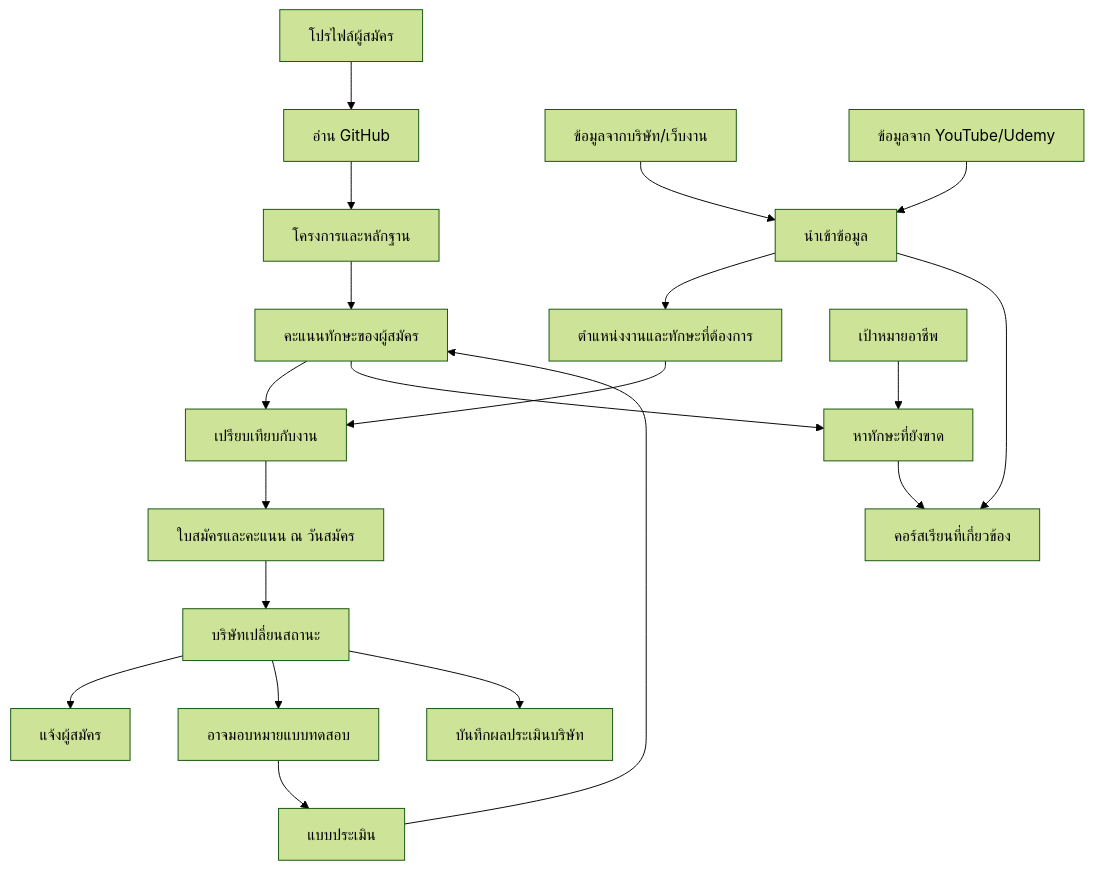
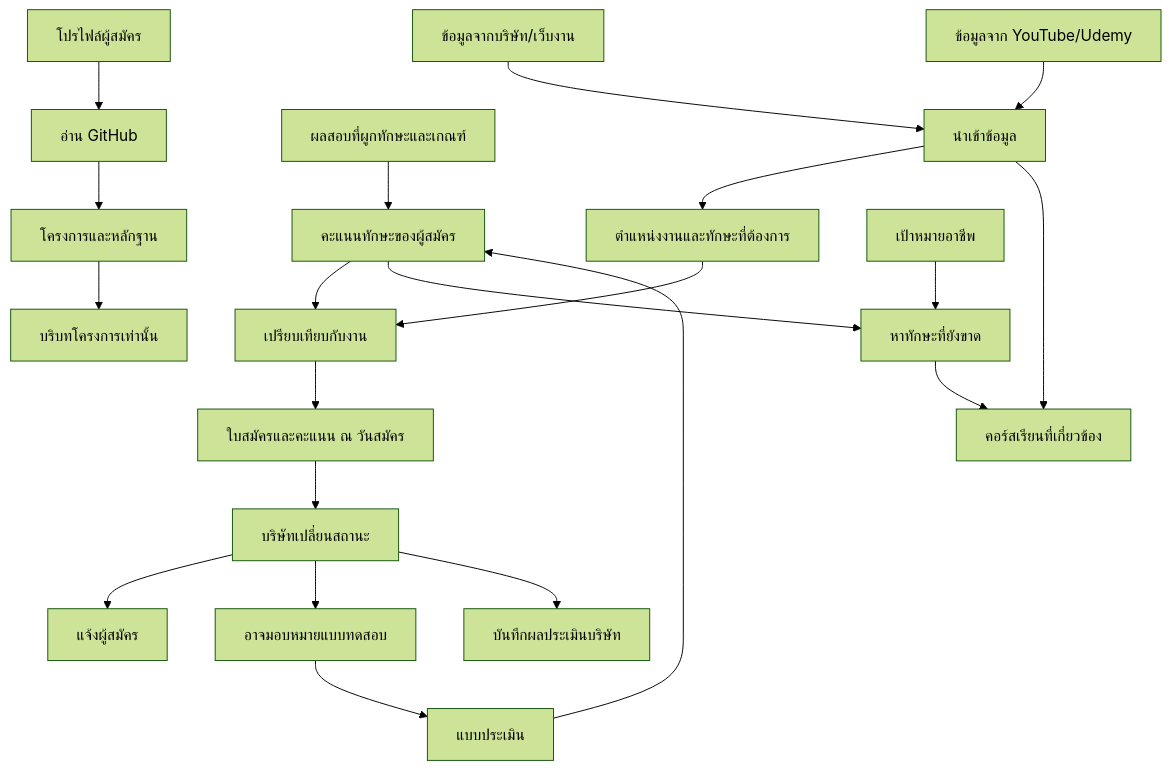
The second of 2 diagrams in docs/MODULE_INTERACTIONS.md (Jixgo-cloud/last-project), drawn with Mermaid (forest theme) before and after one commit. The commit also changed other lines of this file and 57 other files, not shown here.

```diff
--- a/docs/MODULE_INTERACTIONS.md
+++ b/docs/MODULE_INTERACTIONS.md
@@ -59,22 +59,23 @@
 ~~~mermaid
 flowchart TD
   Profile["โปรไฟล์ผู้สมัคร"] --> GitHub["อ่าน GitHub"]
   GitHub --> Evidence["โครงการและหลักฐาน"]
-  Evidence --> Skills["คะแนนทักษะของผู้สมัคร"]
+  Evidence --> Context["บริบทโครงการเท่านั้น"]
+  Results["ผลสอบที่ผูกทักษะและเกณฑ์"] --> Skills["คะแนนทักษะของผู้สมัคร"]
   Test["แบบประเมิน"] --> Skills
   Skills --> Match["เปรียบเทียบกับงาน"]
   JobReq["ตำแหน่งงานและทักษะที่ต้องการ"] --> Match
   Match --> Apply["ใบสมัครและคะแนน ณ วันสมัคร"]
   Apply --> Pipeline["บริษัทเปลี่ยนสถานะ"]
   Pipeline --> Notice["แจ้งผู้สมัคร"]
   Pipeline --> AssignedTest["อาจมอบหมายแบบทดสอบ"]
   AssignedTest --> Test
   Pipeline --> Feedback["บันทึกผลประเมินบริษัท"]
   Skills --> Gap["หาทักษะที่ยังขาด"]
   Career["เป้าหมายอาชีพ"] --> Gap
   Gap --> Courses["คอร์สเรียนที่เกี่ยวข้อง"]
   JobSources["ข้อมูลจากบริษัท/เว็บงาน"] --> Import["นำเข้าข้อมูล"]
   CourseSources["ข้อมูลจาก YouTube/Udemy"] --> Import
   Import --> JobReq
   Import --> Courses
 ~~~
```
